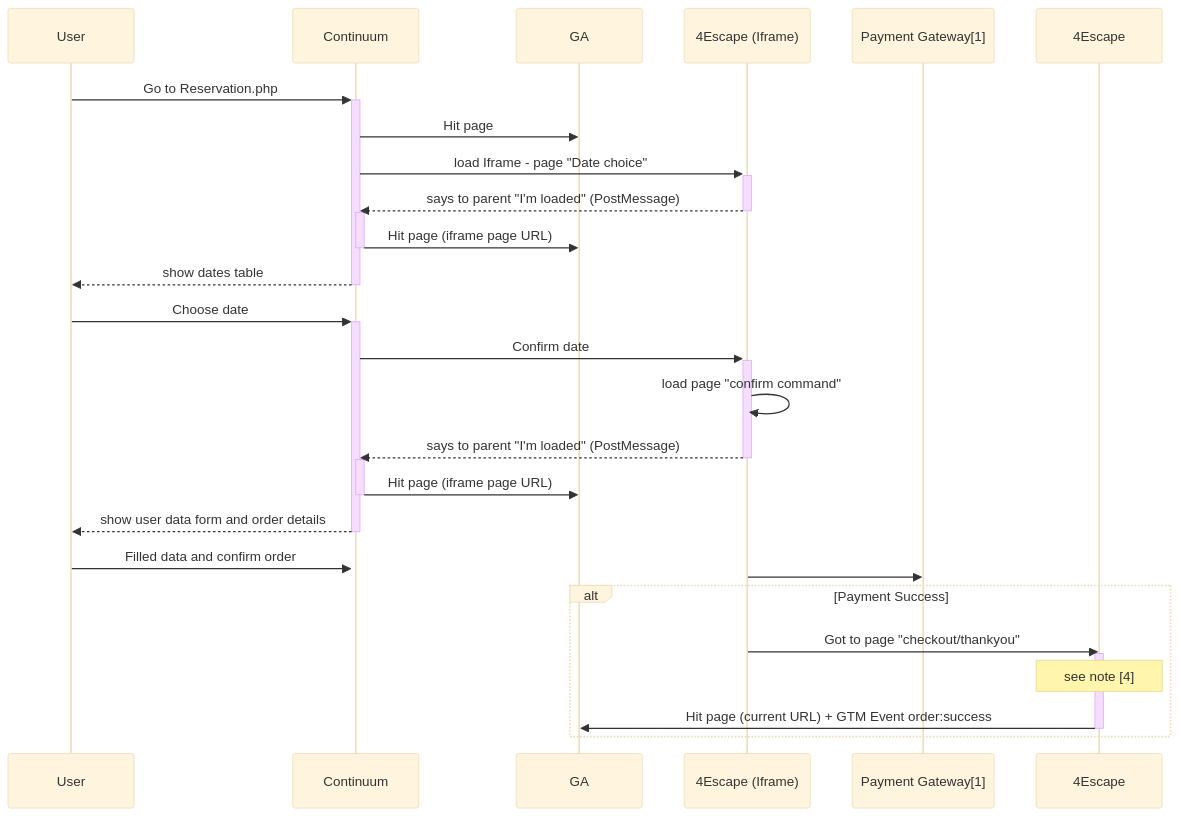
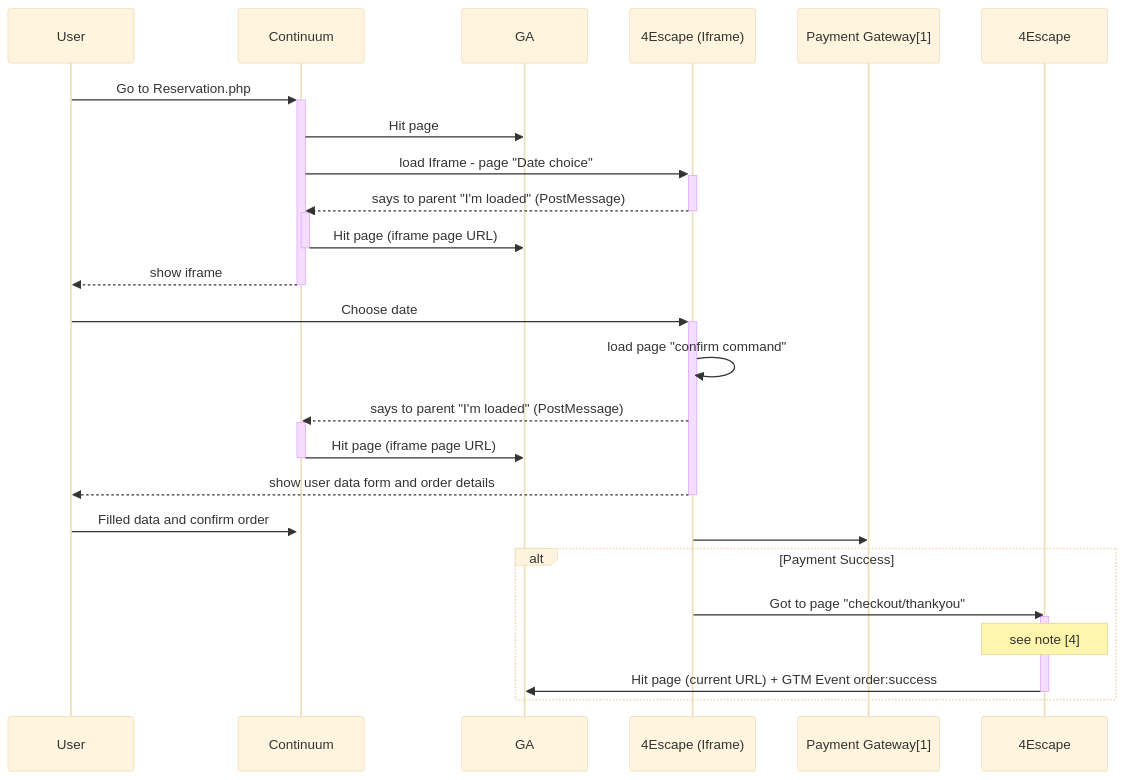
Before and after one commit to NansPellicari/stackEdit: the diagram in doc/continuum/Sequence-session.md, drawn with Mermaid (base theme). The commit also changed other lines of this file, not shown here.

Commit message:
doc/continuum/Sequence-session.md updated from https://stackedit.io/

````diff
--- a/doc/continuum/Sequence-session.md
+++ b/doc/continuum/Sequence-session.md
@@ -1,39 +1,38 @@
 ```mermaid
 sequenceDiagram
 
 User->>+Continuum: Go to Reservation.php
 Continuum->>GA: Hit page
 Continuum->>+4Escape (Iframe): load Iframe - page "Date choice"
 4Escape (Iframe)-->>-Continuum: says to parent "I'm loaded" (PostMessage)
 activate Continuum
 Continuum->>GA: Hit page (iframe page URL)
 deactivate Continuum
-Continuum-->>-User: show dates table
+Continuum-->>-User: show iframe
 
 
-User->>+Continuum: Choose date 
-Continuum->>+4Escape (Iframe): Confirm date
+User->>+4Escape (Iframe): Choose date
 4Escape (Iframe)->>4Escape (Iframe): load page "confirm command"
-4Escape (Iframe)-->>-Continuum: says to parent "I'm loaded" (PostMessage)
+4Escape (Iframe)-->>Continuum: says to parent "I'm loaded" (PostMessage)
 activate Continuum
 Continuum->>GA: Hit page (iframe page URL)
 deactivate Continuum
-Continuum-->>-User: show user data form and order details
+4Escape (Iframe)-->>-User: show user data form and order details
 
 
 User->>+Continuum: Filled data and confirm order
 
 
 4Escape (Iframe)->>Payment Gateway[1]: 
 
 
 
 
 alt Payment Success
 	4Escape (Iframe)->>4Escape: Got to page "checkout/thankyou"
 	activate 4Escape
 	Note over 4Escape: see note [4]
 	4Escape->>GA: Hit page (current URL) + GTM Event order:success
 	deactivate 4Escape
 end
 ```
````
